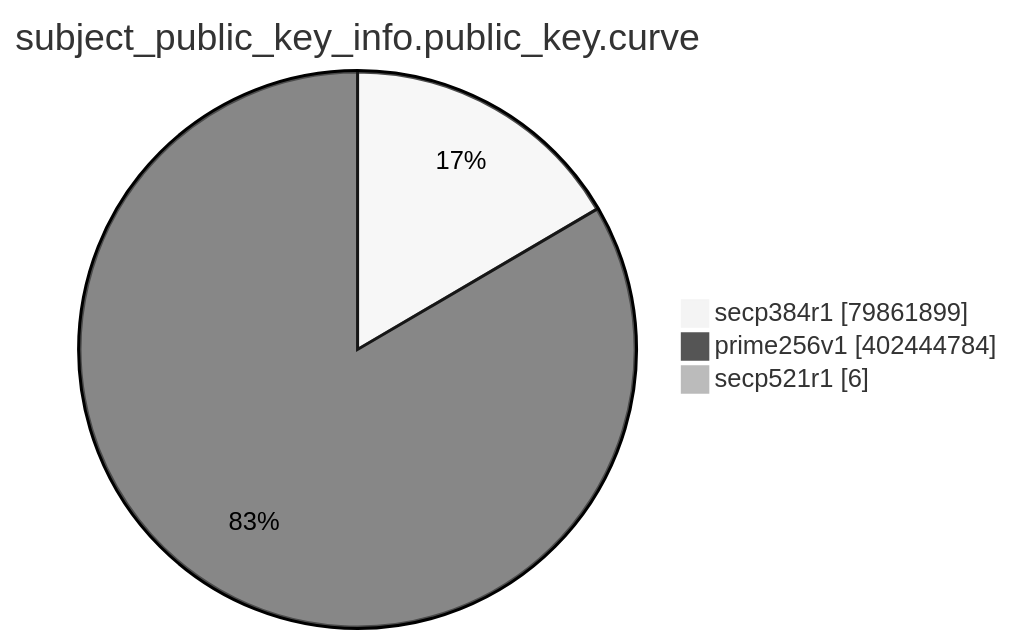
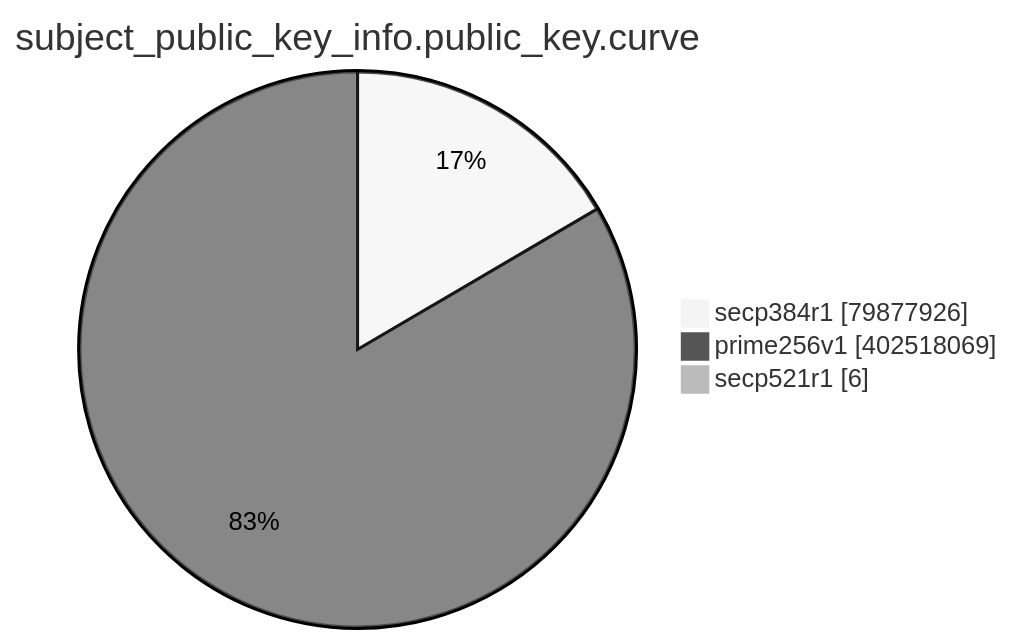
One commit to christiankrug/ctmonitor_visualization changed the eighth of 15 diagrams in TOTAL/README.md. Above: the diagram before and after it, drawn with Mermaid (neutral theme). The commit also changed other lines of this file, not shown here.

````diff
--- a/TOTAL/README.md
+++ b/TOTAL/README.md
@@ -3095,7 +3095,7 @@
 ```mermaid
 pie showData
 title subject_public_key_info.public_key.curve
-"secp384r1" :79861899
-"prime256v1" :402444784
+"secp384r1" :79877926
+"prime256v1" :402518069
 "secp521r1" :6
 ```
````
